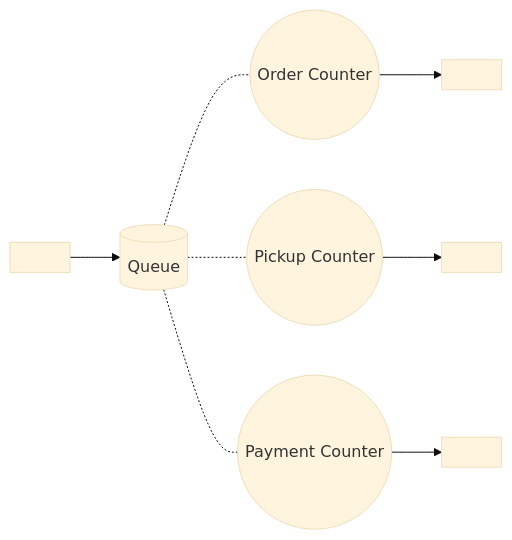
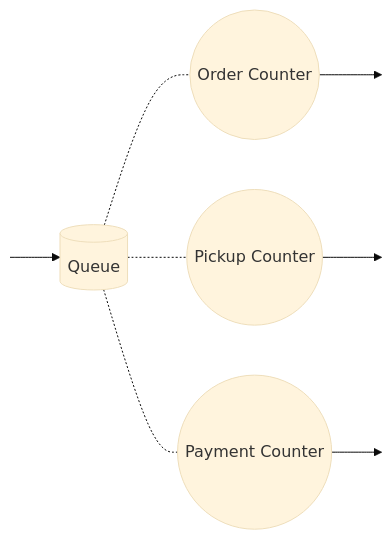
One commit to MKRadius/JavaOOP changed the first of 2 diagrams in Week_4/OrientationTask/WritingTask.md. Above: the diagram before and after it, drawn with Mermaid (base theme). The commit also changed other lines of this file, not shown here.

````diff
--- a/Week_4/OrientationTask/WritingTask.md
+++ b/Week_4/OrientationTask/WritingTask.md
@@ -57,13 +57,18 @@
 ```mermaid
 flowchart LR
     nowhere1[ ] --> buffer1[(Queue)]
 
     buffer1 -.- servicepoint((Order Counter))
     servicepoint --> nowhere2[ ]
 
     buffer1 -.- servicepoint2((Pickup Counter))
     servicepoint2 --> nowhere3[ ]
 
     buffer1 -.- servicepoint3((Payment Counter))
     servicepoint3 --> nowhere4[ ]
+    
+    style nowhere1 height:0px;
+    style nowhere2 height:0px;
+    style nowhere3 height:0px;
+    style nowhere4 height:0px;
 ```
````
